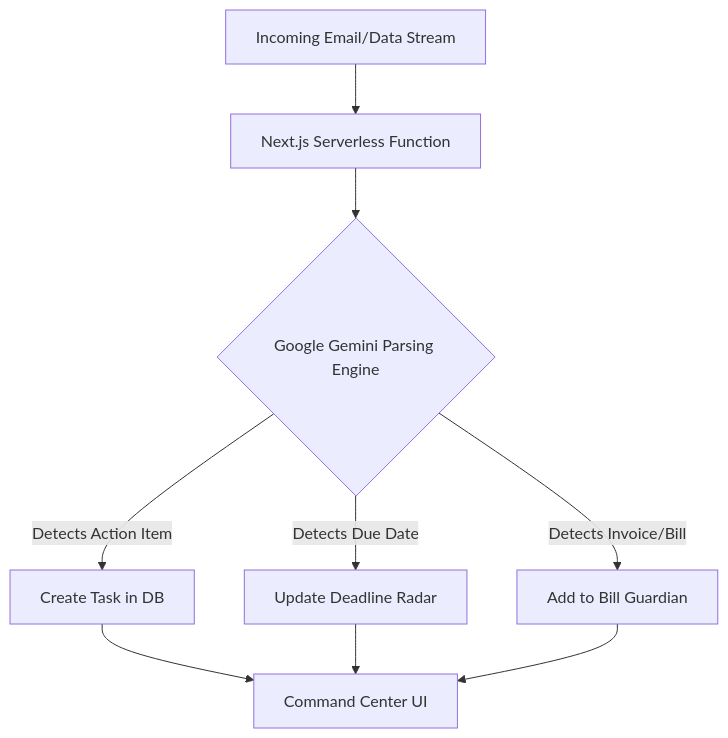
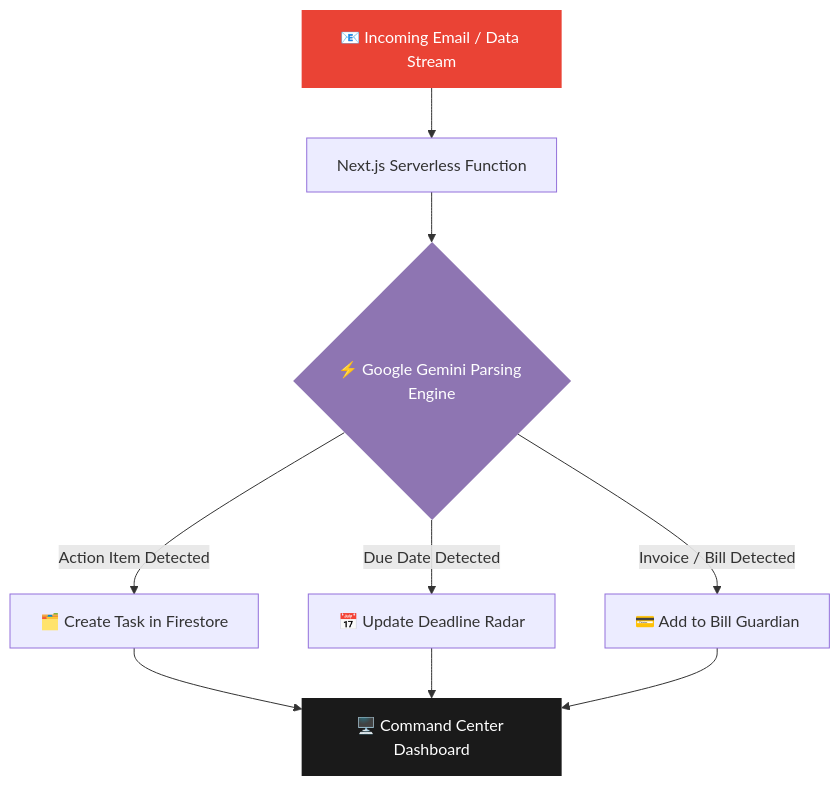
One commit to bitmorphic/planic-ai changed the second of 4 diagrams in README.md. Above: the diagram before and after it, drawn with Mermaid. The commit also changed other lines of this file, not shown here.

````diff
--- a/README.md
+++ b/README.md
@@ -65,12 +81,17 @@
 ```mermaid
 flowchart TD
-    A[Incoming Email/Data Stream] --> B[Next.js Serverless Function]
-    B --> C{Google Gemini Parsing Engine}
-    C -- Detects Action Item --> D[Create Task in DB]
-    C -- Detects Due Date --> E[Update Deadline Radar]
-    C -- Detects Invoice/Bill --> F[Add to Bill Guardian]
-    
-    D --> G[Command Center UI]
+    A[📧 Incoming Email / Data Stream] --> B[Next.js Serverless Function]
+    B --> C{⚡ Google Gemini Parsing Engine}
+
+    C -->|Action Item Detected| D[🗂️ Create Task in Firestore]
+    C -->|Due Date Detected| E[📅 Update Deadline Radar]
+    C -->|Invoice / Bill Detected| F[💳 Add to Bill Guardian]
+
+    D --> G[🖥️ Command Center Dashboard]
     E --> G
     F --> G
+
+    style A fill:#EA4335,color:#fff,stroke:none
+    style C fill:#8E75B2,color:#fff,stroke:none
+    style G fill:#1a1a1a,color:#fff,stroke:none
 ```
````
